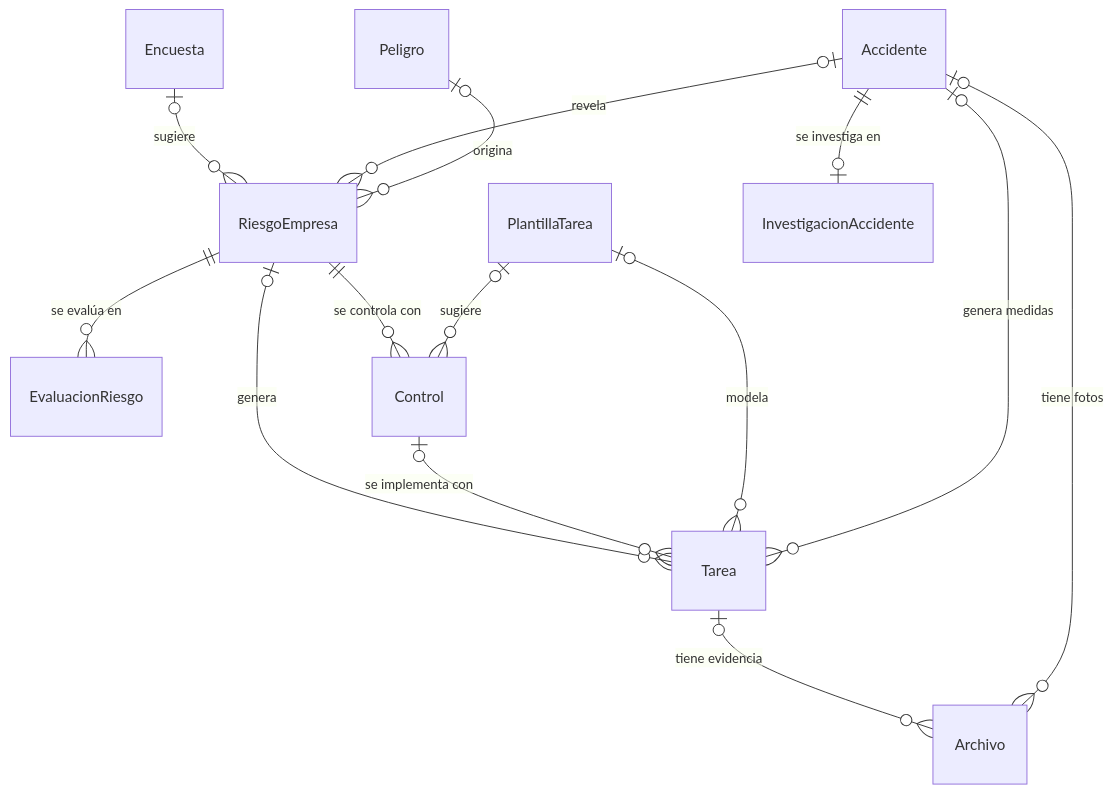
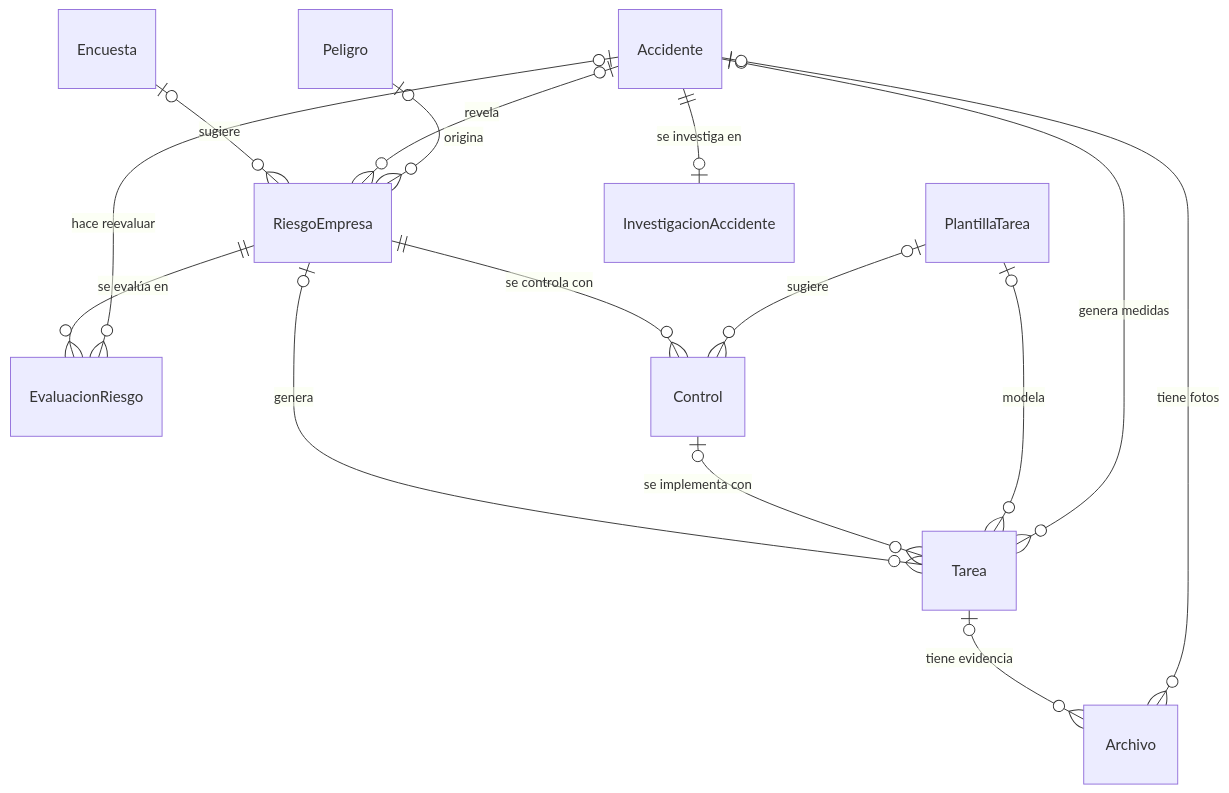
The third of 10 diagrams in 15-diagramas-drawio.md (ddestephen/Sistemas-Expertos), drawn with Mermaid before and after one commit. The commit also changed other lines of this file and 5 other files, not shown here.

````diff
--- a/15-diagramas-drawio.md
+++ b/15-diagramas-drawio.md
@@ -102,16 +102,17 @@
 ```mermaid
 erDiagram
     Encuesta |o--o{ RiesgoEmpresa : "sugiere"
     Accidente |o--o{ RiesgoEmpresa : "revela"
     Peligro |o--o{ RiesgoEmpresa : "origina"
     RiesgoEmpresa ||--o{ EvaluacionRiesgo : "se evalúa en"
+    Accidente |o--o{ EvaluacionRiesgo : "hace reevaluar"
     RiesgoEmpresa ||--o{ Control : "se controla con"
     RiesgoEmpresa |o--o{ Tarea : "genera"
     Control |o--o{ Tarea : "se implementa con"
     PlantillaTarea |o--o{ Tarea : "modela"
     PlantillaTarea |o--o{ Control : "sugiere"
     Accidente ||--o| InvestigacionAccidente : "se investiga en"
     Accidente |o--o{ Tarea : "genera medidas"
     Tarea |o--o{ Archivo : "tiene evidencia"
     Accidente |o--o{ Archivo : "tiene fotos"
 ```
````
